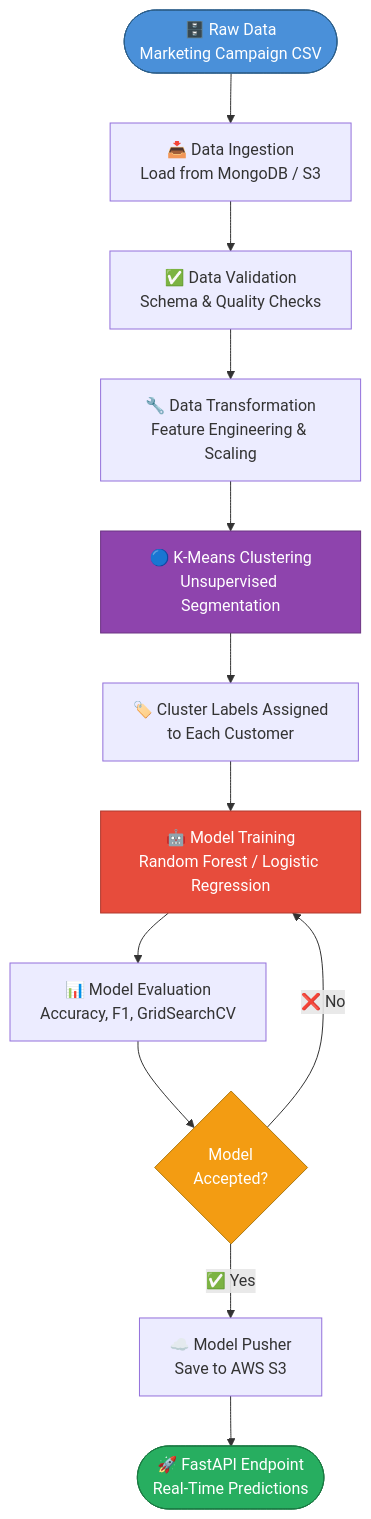
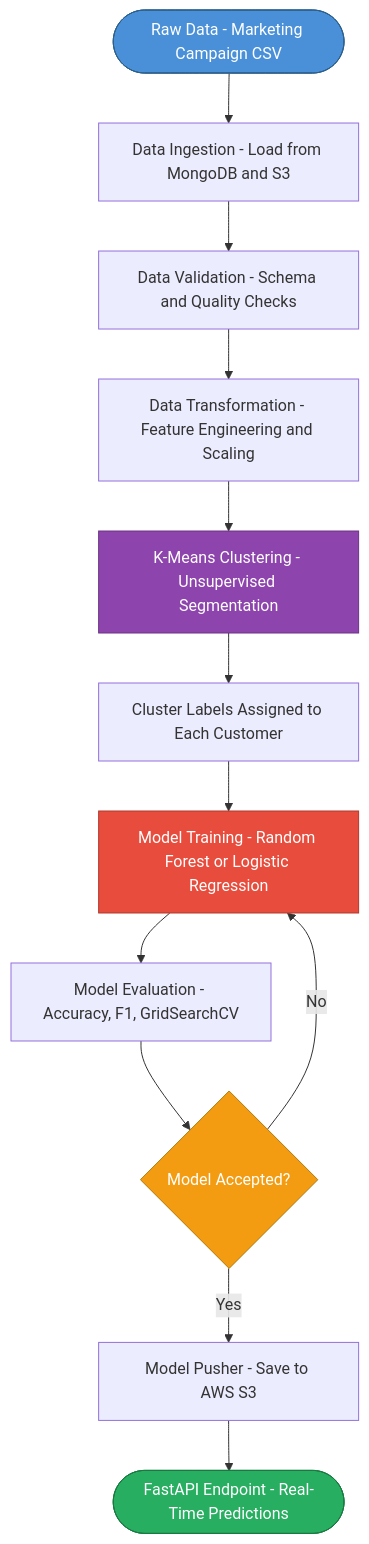
Before and after one commit to sujalkhandelwal19-ds/CustomerIQ: the first of 4 diagrams in README.md, drawn with Mermaid. The commit also changed other lines of this file, not shown here.

Commit message:
Fix Mermaid syntax errors - quote special characters in node labels

````diff
--- a/README.md
+++ b/README.md
@@ -48,20 +48,20 @@
 ```mermaid
 flowchart TD
-    A([🗄️ Raw Data\nMarketing Campaign CSV]) --> B[📥 Data Ingestion\nLoad from MongoDB / S3]
-    B --> C[✅ Data Validation\nSchema & Quality Checks]
-    C --> D[🔧 Data Transformation\nFeature Engineering & Scaling]
-    D --> E[🔵 K-Means Clustering\nUnsupervised Segmentation]
-    E --> F[🏷️ Cluster Labels Assigned\nto Each Customer]
-    F --> G[🤖 Model Training\nRandom Forest / Logistic Regression]
-    G --> H[📊 Model Evaluation\nAccuracy, F1, GridSearchCV]
-    H --> I{Model\nAccepted?}
-    I -- ✅ Yes --> J[☁️ Model Pusher\nSave to AWS S3]
-    I -- ❌ No --> G
-    J --> K([🚀 FastAPI Endpoint\nReal-Time Predictions])
+    A(["Raw Data - Marketing Campaign CSV"]) --> B["Data Ingestion - Load from MongoDB and S3"]
+    B --> C["Data Validation - Schema and Quality Checks"]
+    C --> D["Data Transformation - Feature Engineering and Scaling"]
+    D --> E["K-Means Clustering - Unsupervised Segmentation"]
+    E --> F["Cluster Labels Assigned to Each Customer"]
+    F --> G["Model Training - Random Forest or Logistic Regression"]
+    G --> H["Model Evaluation - Accuracy, F1, GridSearchCV"]
+    H --> I{"Model Accepted?"}
+    I -- Yes --> J["Model Pusher - Save to AWS S3"]
+    I -- No --> G
+    J --> K(["FastAPI Endpoint - Real-Time Predictions"])
 
     style A fill:#4A90D9,color:#fff,stroke:#2c5f8a
     style K fill:#27AE60,color:#fff,stroke:#1a7a42
     style I fill:#F39C12,color:#fff,stroke:#b07a0f
     style E fill:#8E44AD,color:#fff,stroke:#6c3483
     style G fill:#E74C3C,color:#fff,stroke:#b03a2e
 ```
````
